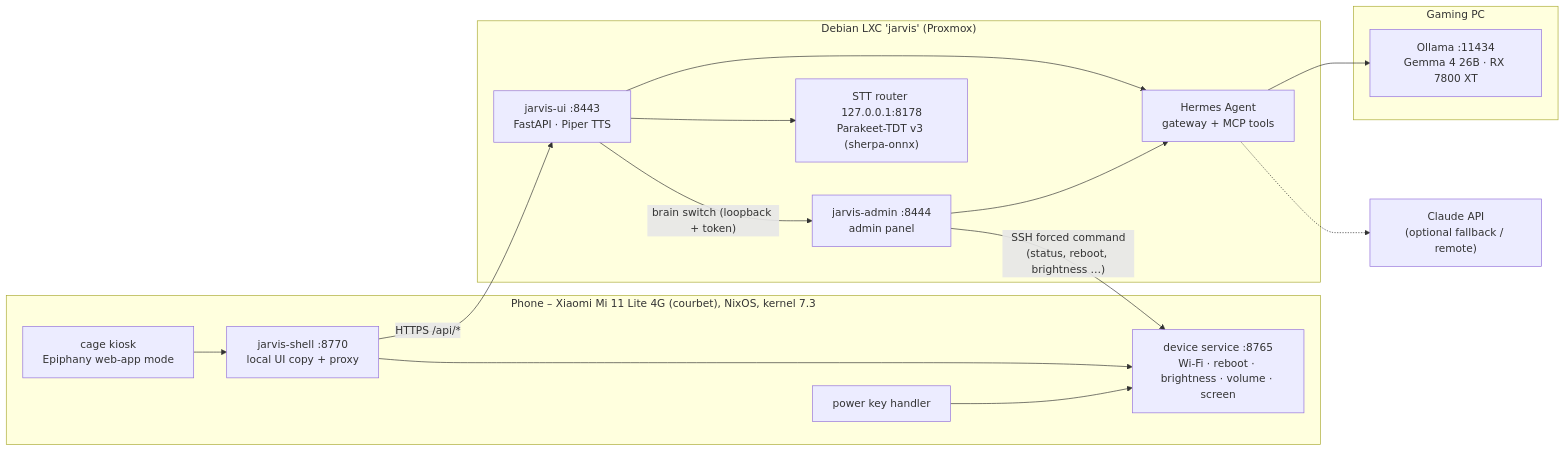
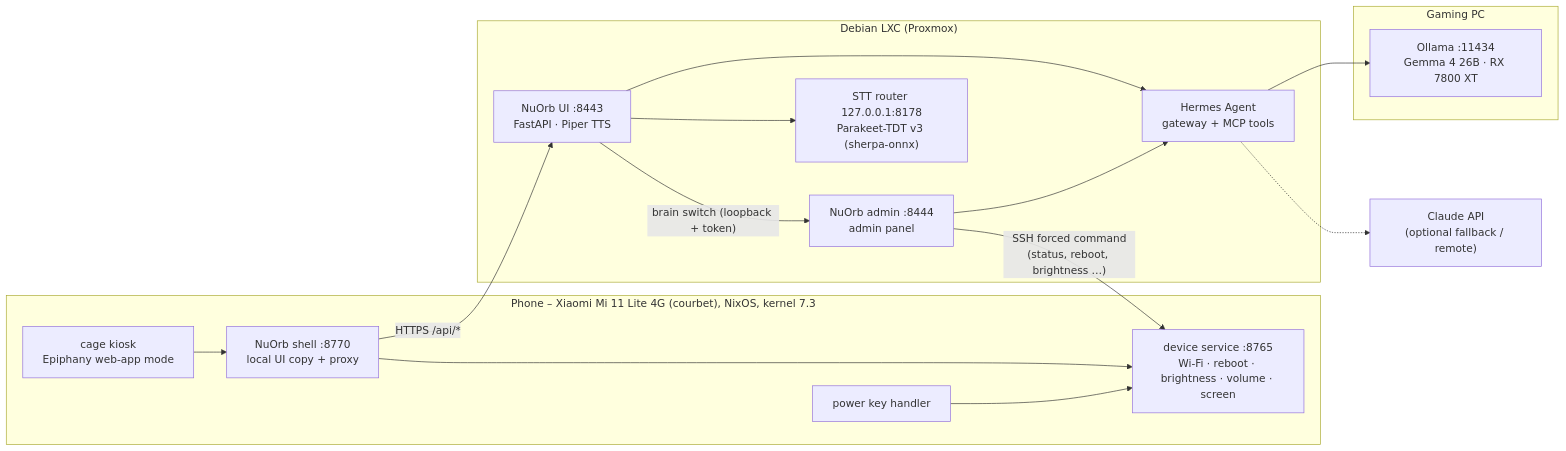
One commit to Anarki-LNX/jarvis-lnx changed the diagram in README.md. Above: the diagram before and after it, drawn with Mermaid. The commit also changed other lines of this file and 29 other files, not shown here.

````diff
--- a/README.md
+++ b/README.md
@@ -85,30 +89,30 @@
 ```mermaid
 flowchart LR
   subgraph Phone["Phone – Xiaomi Mi 11 Lite 4G (courbet), NixOS, kernel 7.3"]
-    K["cage kiosk<br/>Epiphany web-app mode"] --> S["jarvis-shell :8770<br/>local UI copy + proxy"]
+    K["cage kiosk<br/>Epiphany web-app mode"] --> S["NuOrb shell :8770<br/>local UI copy + proxy"]
     S --> G["device service :8765<br/>Wi-Fi · reboot · brightness · volume · screen"]
     P["power key handler"] --> G
   end
 
-  subgraph LXC["Debian LXC 'jarvis' (Proxmox)"]
-    UI["jarvis-ui :8443<br/>FastAPI · Piper TTS"]
-    AD["jarvis-admin :8444<br/>admin panel"]
+  subgraph LXC["Debian LXC (Proxmox)"]
+    UI["NuOrb UI :8443<br/>FastAPI · Piper TTS"]
+    AD["NuOrb admin :8444<br/>admin panel"]
     H["Hermes Agent<br/>gateway + MCP tools"]
     STT["STT router 127.0.0.1:8178<br/>Parakeet-TDT v3 (sherpa-onnx)"]
     UI --> H
     UI --> STT
     UI -- "brain switch (loopback + token)" --> AD
     AD --> H
   end
 
   subgraph PC["Gaming PC"]
     O["Ollama :11434<br/>Gemma 4 26B · RX 7800 XT"]
   end
 
   C["Claude API<br/>(optional fallback / remote)"]
 
   S -- "HTTPS /api/*" --> UI
   H --> O
   H -.-> C
   AD -- "SSH forced command<br/>(status, reboot, brightness …)" --> G
 ```
````
